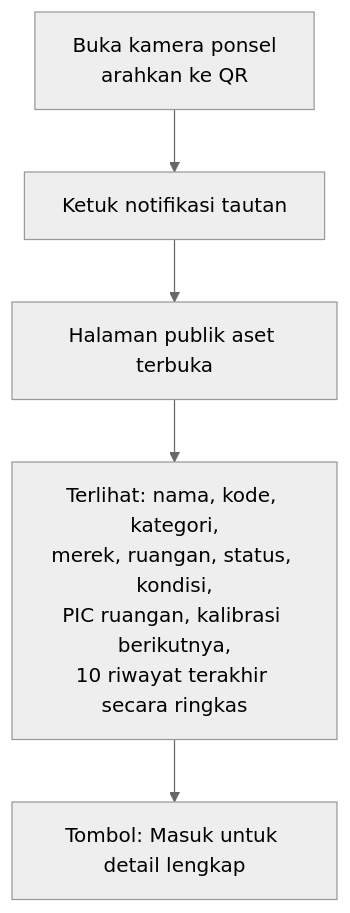
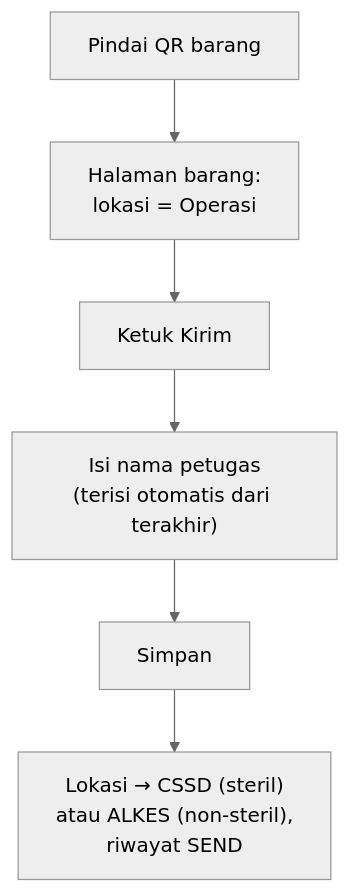
Before and after one commit to mferdinandr/inventory-management: the second of 3 diagrams in docs/05-user-flows.md, drawn with Mermaid (neutral theme). The commit also changed other lines of this file and 1 other file, not shown here.

First line of the commit message:
docs: rewrite PRD and user flows for two routes and 4 roles

````diff
--- a/docs/05-user-flows.md
+++ b/docs/05-user-flows.md
@@ -105,7 +35,8 @@
 ```mermaid
 flowchart TD
-    A["Buka kamera ponsel<br/>arahkan ke QR"] --> B["Ketuk notifikasi tautan"]
-    B --> C["Halaman publik aset terbuka"]
-    C --> D["Terlihat: nama, kode, kategori,<br/>merek, ruangan, status, kondisi,<br/>PIC ruangan, kalibrasi berikutnya,<br/>10 riwayat terakhir secara ringkas"]
-    D --> E["Tombol: Masuk untuk detail lengkap"]
+    A["Pindai QR barang"] --> B["Halaman barang:<br/>lokasi = Operasi"]
+    B --> C["Ketuk Kirim"]
+    C --> D["Isi nama petugas<br/>(terisi otomatis dari terakhir)"]
+    D --> E["Simpan"]
+    E --> F["Lokasi → CSSD (steril)<br/>atau ALKES (non-steril),<br/>riwayat SEND"]
 ```
````
